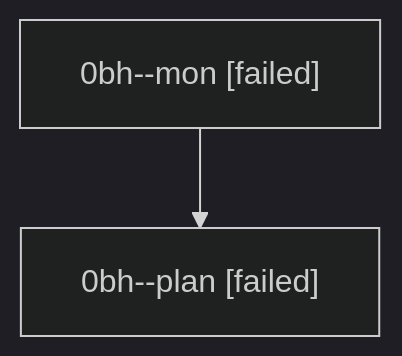
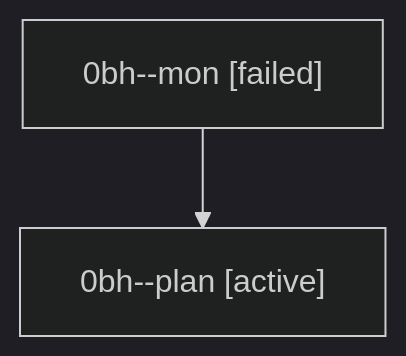
One commit to sase-org/sase--agents changed the diagram in families/bbugyi200.athena.0bh.md. Above: the diagram before and after it, drawn with Mermaid (dark theme). The commit also changed other lines of this file and 35830 other files, not shown here.

````diff
--- a/families/bbugyi200.athena.0bh.md
+++ b/families/bbugyi200.athena.0bh.md
@@ -9,6 +9,6 @@
 ```mermaid
 flowchart TD
   n0["0bh--mon [failed]"]
-  n1["0bh--plan [failed]"]
+  n1["0bh--plan [active]"]
   n0 --> n1
 ```
````
